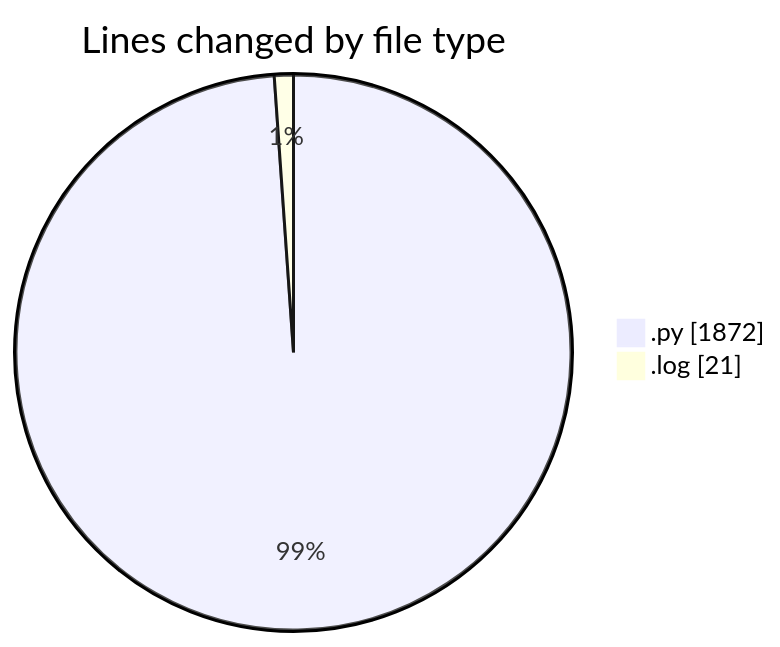
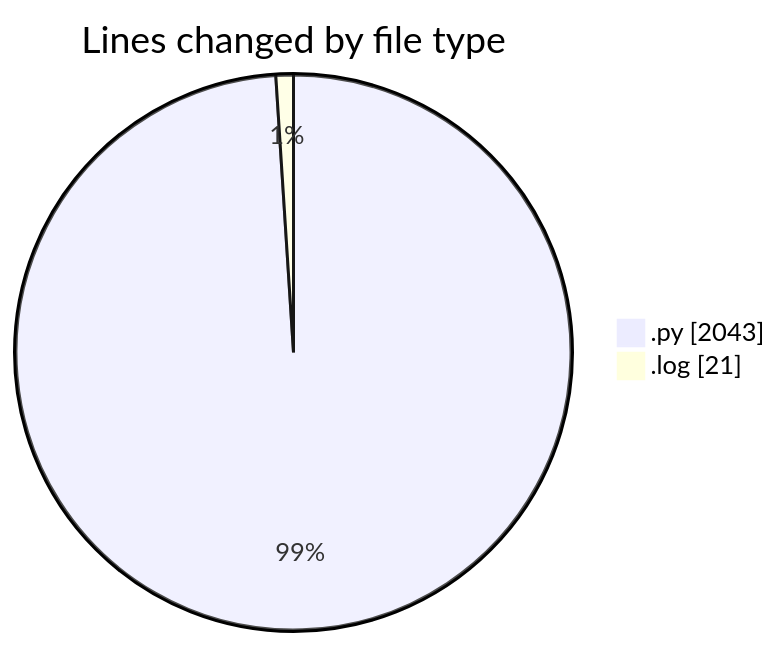
One commit to momahboobian/code-tracking changed the first of 2 diagrams in 2025-05-06/samplepdf/README.md. Above: the diagram before and after it, drawn with Mermaid. The commit also changed other lines of this file and 1 other file, not shown here.

````diff
--- a/2025-05-06/samplepdf/README.md
+++ b/2025-05-06/samplepdf/README.md
@@ -35,6 +37,6 @@
 ```mermaid
 pie showData
 title Lines changed by file type
-".py" : 1872
+".py" : 2043
 ".log" : 21
 ```
````
